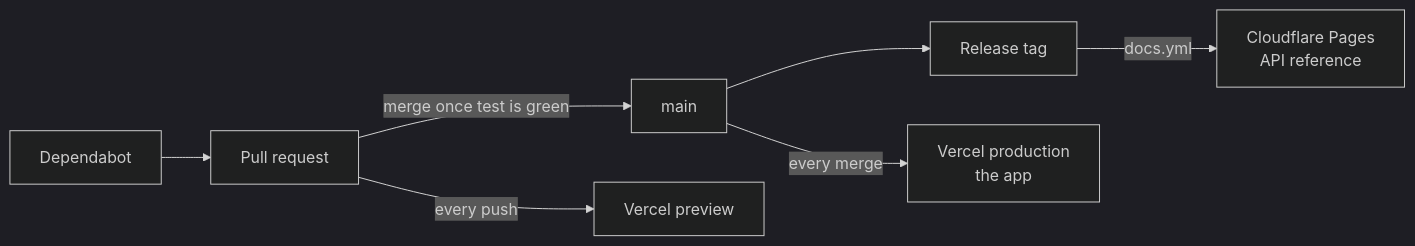
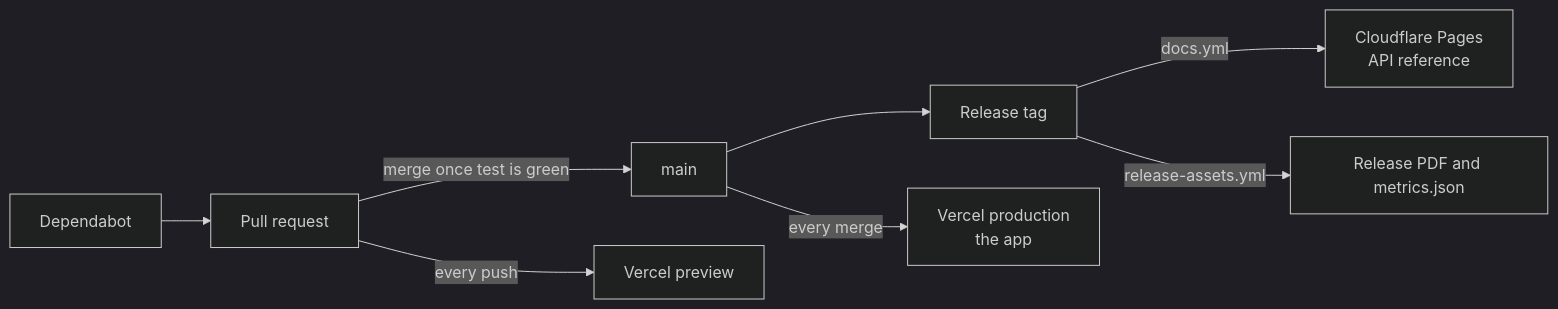
The diagram in docs/workflows.md (jan-ru/my-svelte-app), drawn with Mermaid (dark theme) before and after one commit. The commit also changed other lines of this file and 25 other files, not shown here.

First line of the commit message:
feat: a release overview PDF at each tag (#156)

````diff
--- a/docs/workflows.md
+++ b/docs/workflows.md
@@ -47,10 +48,11 @@
 ```mermaid
 flowchart LR
   DB[Dependabot] --> PR[Pull request]
   PR -->|merge once test is green| MAIN[main]
   MAIN --> TAG[Release tag]
 
   PR -->|every push| VP[Vercel preview]
   MAIN -->|every merge| VPROD[Vercel production<br/>the app]
   TAG -->|docs.yml| CF[Cloudflare Pages<br/>API reference]
+  TAG -->|release-assets.yml| RA[Release PDF and metrics.json]
 ```
````
